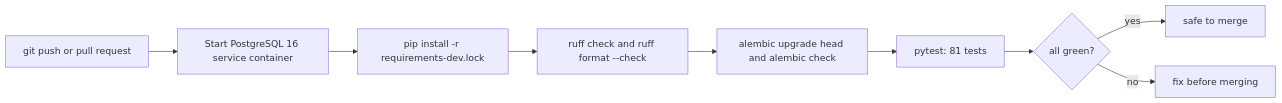
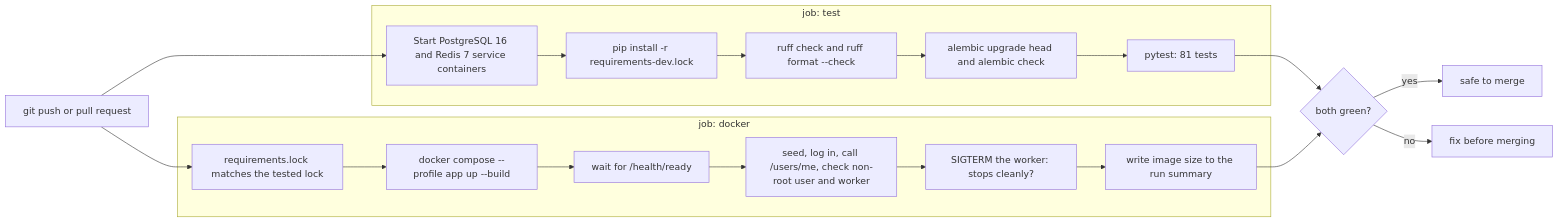
One commit to revant123/QuickServe changed the seventh of 11 diagrams in README.md. Above: the diagram before and after it, drawn with Mermaid. The commit also changed other lines of this file and 5 other files, not shown here.

First line of the commit message:
Phase 5: whole stack in Docker Compose, Docker job in CI, runtime lock

````diff
--- a/README.md
+++ b/README.md
@@ -437,11 +480,25 @@
 ```mermaid
 flowchart LR
-    push["git push or pull request"] --> pg["Start PostgreSQL 16 service container"]
-    pg --> inst["pip install -r requirements-dev.lock"]
-    inst --> lint["ruff check and ruff format --check"]
-    lint --> mig["alembic upgrade head and alembic check"]
-    mig --> test["pytest: 81 tests"]
-    test --> ok{"all green?"}
+    push["git push or pull request"] --> pg
+    push --> lock
+
+    subgraph test["job: test"]
+        pg["Start PostgreSQL 16 and Redis 7 service containers"] --> inst["pip install -r requirements-dev.lock"]
+        inst --> lint["ruff check and ruff format --check"]
+        lint --> mig["alembic upgrade head and alembic check"]
+        mig --> pyt["pytest: 81 tests"]
+    end
+
+    subgraph docker["job: docker"]
+        lock["requirements.lock matches the tested lock"] --> build["docker compose --profile app up --build"]
+        build --> ready["wait for /health/ready"]
+        ready --> smoke["seed, log in, call /users/me, check non-root user and worker"]
+        smoke --> stop["SIGTERM the worker: stops cleanly?"]
+        stop --> size["write image size to the run summary"]
+    end
+
+    pyt --> ok{"both green?"}
+    size --> ok
     ok -->|yes| merge["safe to merge"]
     ok -->|no| fix["fix before merging"]
 ```
````
